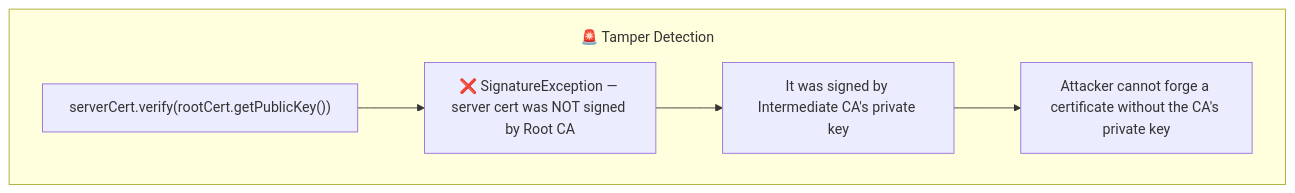
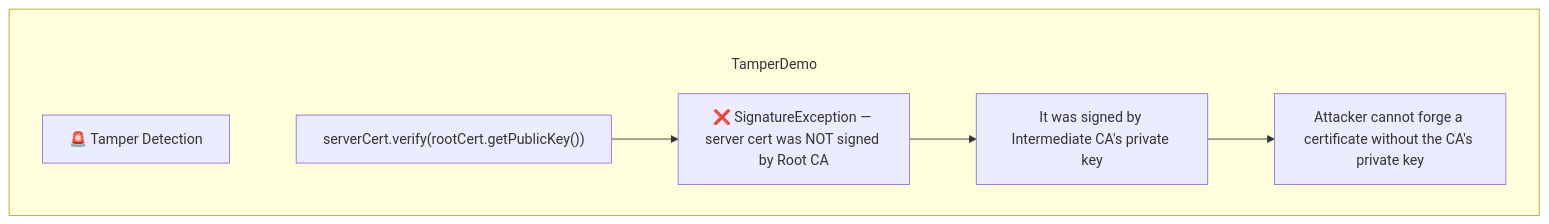
Before and after one commit to csoares/SecurityJava: the fourth of 6 diagrams in src/main/java/security/pki/README.md, drawn with Mermaid. The commit also changed other lines of this file and 11 other files, not shown here.

Commit message:
Fix Mermaid subgraph title overlap by moving labels into title nodes Replace subgraph label syntax (which overlaps first node) with explicit title nodes inside each subgraph, connected via invisible edges (~~~). Also increase subGraphTitleMargin top padding from 20 to 50 for extra space.

````diff
--- a/src/main/java/security/pki/README.md
+++ b/src/main/java/security/pki/README.md
@@ -56,11 +58,13 @@
 ```mermaid
-%%{init: {'flowchart': {'subGraphTitleMargin': {'top': 20, 'bottom': 5}}}}%%
+%%{init: {'flowchart': {'subGraphTitleMargin': {'top': 50, 'bottom': 10}}}}%%
 flowchart TD
-    subgraph TamperDemo ["🚨 Tamper Detection"]
+    subgraph TamperDemo
+        T_TamperDemo["🚨 Tamper Detection"]
+        T_TamperDemo ~~~ TC1
         TC1["serverCert.verify(rootCert.getPublicKey())"]
         TC2["❌ SignatureException — server cert was NOT signed by Root CA"]
         TC3["It was signed by Intermediate CA's private key"]
         TC4["Attacker cannot forge a certificate without the CA's private key"]
         TC1 --> TC2 --> TC3 --> TC4
     end
 ```
````
